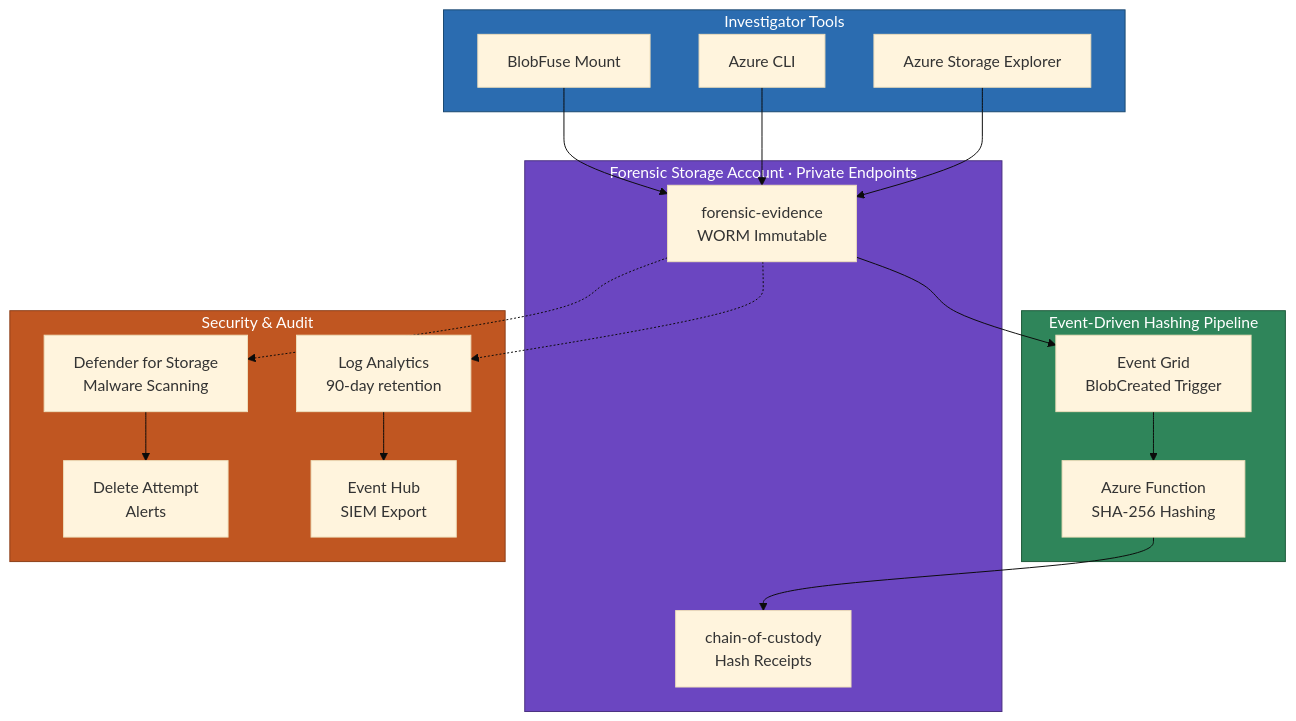
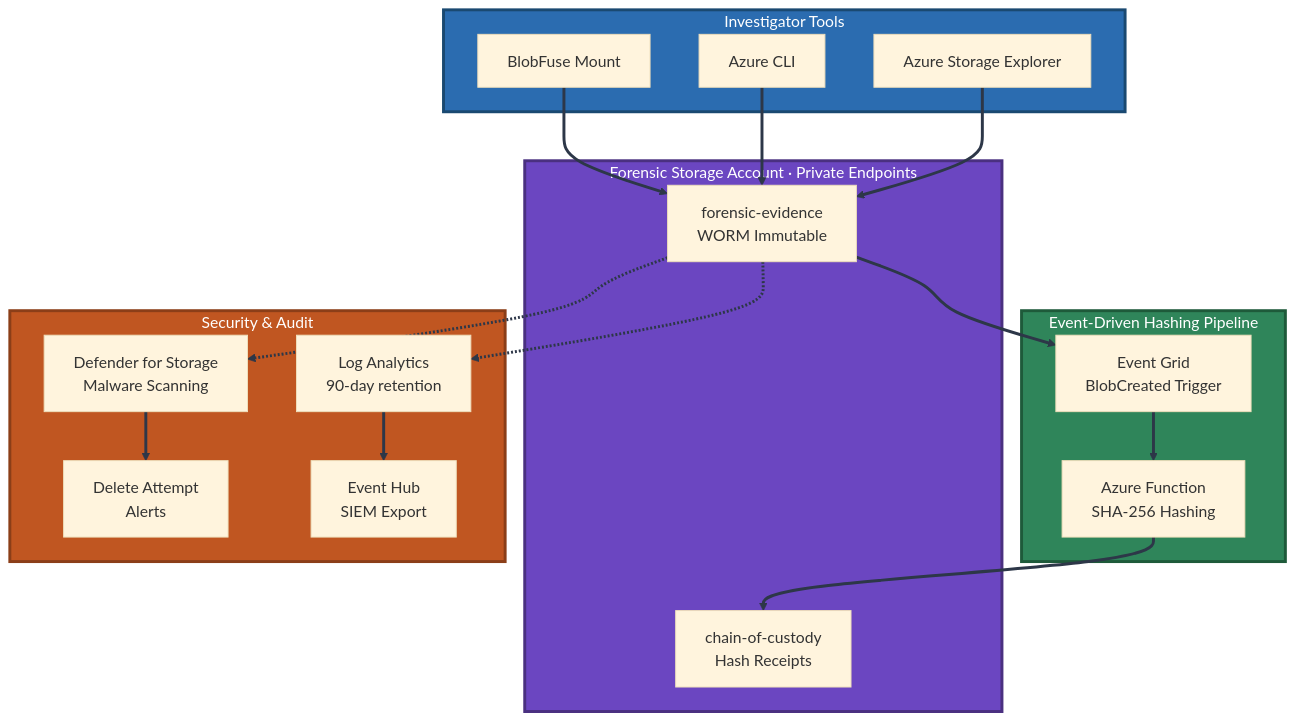
One commit to mhuot-msft/lab-forensic-storage changed the first of 4 diagrams in README.md. Above: the diagram before and after it, drawn with Mermaid (base theme).

Commit message:
Thicken architecture overview diagram lines

````diff
--- a/README.md
+++ b/README.md
@@ -12,41 +12,42 @@
 ```mermaid
 flowchart TB
     subgraph Investigator["Investigator Tools"]
         SE["Azure Storage Explorer"]
         CLI["Azure CLI"]
         BF["BlobFuse Mount"]
     end
 
     subgraph Storage["Forensic Storage Account · Private Endpoints"]
         FE["forensic-evidence<br/>WORM Immutable"]
         COC["chain-of-custody<br/>Hash Receipts"]
     end
 
     subgraph Automation["Event-Driven Hashing Pipeline"]
         EG["Event Grid<br/>BlobCreated Trigger"]
         FUNC["Azure Function<br/>SHA-256 Hashing"]
     end
 
     subgraph Security["Security & Audit"]
         DEF["Defender for Storage<br/>Malware Scanning"]
         LA["Log Analytics<br/>90-day retention"]
         ALERT["Delete Attempt<br/>Alerts"]
         EH["Event Hub<br/>SIEM Export"]
     end
 
     SE --> FE
     CLI --> FE
     BF --> FE
     FE --> EG
     EG --> FUNC
     FUNC --> COC
     FE -.-> DEF
     FE -.-> LA
     DEF --> ALERT
     LA --> EH
 
-    style Investigator fill:#2B6CB0,stroke:#1A4971,color:#FFFFFF
-    style Storage fill:#6B46C1,stroke:#4A3080,color:#FFFFFF
-    style Automation fill:#2F855A,stroke:#1E5A3A,color:#FFFFFF
-    style Security fill:#C05621,stroke:#8B3E18,color:#FFFFFF
+    linkStyle default stroke:#2D3748,stroke-width:3px
+    style Investigator fill:#2B6CB0,stroke:#1A4971,stroke-width:3px,color:#FFFFFF
+    style Storage fill:#6B46C1,stroke:#4A3080,stroke-width:3px,color:#FFFFFF
+    style Automation fill:#2F855A,stroke:#1E5A3A,stroke-width:3px,color:#FFFFFF
+    style Security fill:#C05621,stroke:#8B3E18,stroke-width:3px,color:#FFFFFF
 ```
````
